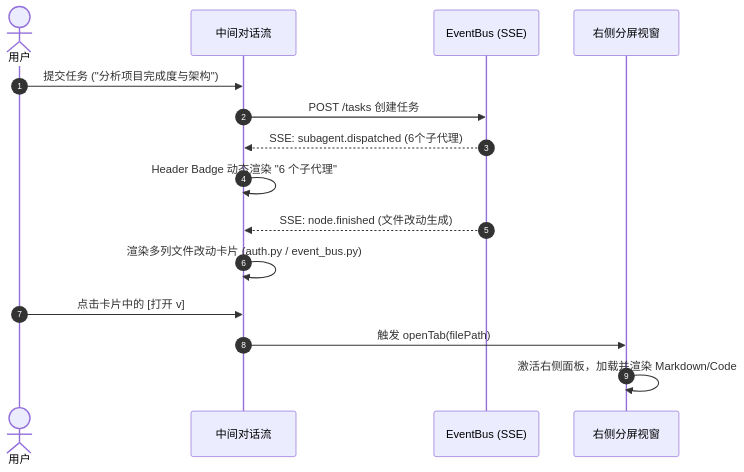
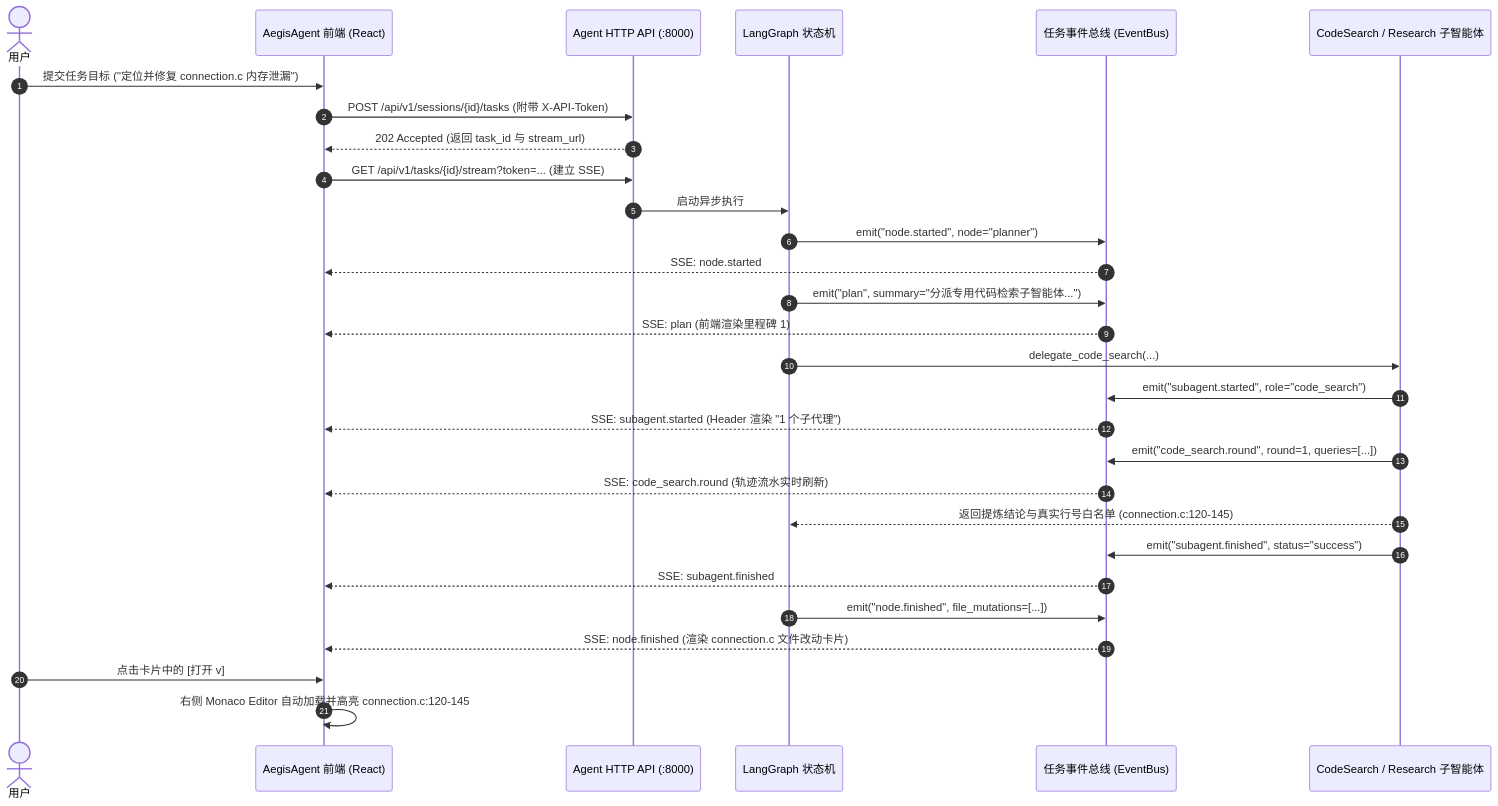
Before and after one commit to MakinoharaShokosans/Aegis: the first of 2 diagrams in documents/frontend_design.md, drawn with Mermaid. The commit also changed other lines of this file and 2 other files, not shown here.

Commit message:
docs(frontend): 全面根据 AegisAgent 定制前端设计规范与 UI 组件

````diff
--- a/documents/frontend_design.md
+++ b/documents/frontend_design.md
@@ -183,18 +183,39 @@
 ```mermaid
 sequenceDiagram
     autonumber
     actor User as 用户
-    participant Chat as 中间对话流
-    participant Bus as EventBus (SSE)
-    participant Preview as 右侧分屏视窗
+    participant UI as AegisAgent 前端 (React)
+    participant API as Agent HTTP API (:8000)
+    participant Engine as LangGraph 状态机
+    participant Bus as 任务事件总线 (EventBus)
+    participant Sub as CodeSearch / Research 子智能体
 
-    User->>Chat: 提交任务 ("分析项目完成度与架构")
-    Chat->>Bus: POST /tasks 创建任务
-    Bus-->>Chat: SSE: subagent.dispatched (6个子代理)
-    Chat->>Chat: Header Badge 动态渲染 "6 个子代理"
-    Bus-->>Chat: SSE: node.finished (文件改动生成)
-    Chat->>Chat: 渲染多列文件改动卡片 (auth.py / event_bus.py)
-    User->>Chat: 点击卡片中的 [打开 v]
-    Chat->>Preview: 触发 openTab(filePath)
-    Preview->>Preview: 激活右侧面板，加载并渲染 Markdown/Code
+    User->>UI: 提交任务目标 ("定位并修复 connection.c 内存泄漏")
+    UI->>API: POST /api/v1/sessions/{id}/tasks (附带 X-API-Token)
+    API-->>UI: 202 Accepted (返回 task_id 与 stream_url)
+    UI->>API: GET /api/v1/tasks/{id}/stream?token=... (建立 SSE)
+    
+    API->>Engine: 启动异步执行
+    Engine->>Bus: emit("node.started", node="planner")
+    Bus-->>UI: SSE: node.started
+    
+    Engine->>Bus: emit("plan", summary="分派专用代码检索子智能体...")
+    Bus-->>UI: SSE: plan (前端渲染里程碑 1)
+    
+    Engine->>Sub: delegate_code_search(...)
+    Sub->>Bus: emit("subagent.started", role="code_search")
+    Bus-->>UI: SSE: subagent.started (Header 渲染 "1 个子代理")
+    
+    Sub->>Bus: emit("code_search.round", round=1, queries=[...])
+    Bus-->>UI: SSE: code_search.round (轨迹流水实时刷新)
+    
+    Sub-->>Engine: 返回提炼结论与真实行号白名单 (connection.c:120-145)
+    Sub->>Bus: emit("subagent.finished", status="success")
+    Bus-->>UI: SSE: subagent.finished
+    
+    Engine->>Bus: emit("node.finished", file_mutations=[...])
+    Bus-->>UI: SSE: node.finished (渲染 connection.c 文件改动卡片)
+    
+    User->>UI: 点击卡片中的 [打开 v]
+    UI->>UI: 右侧 Monaco Editor 自动加载并高亮 connection.c:120-145
 ```
````
